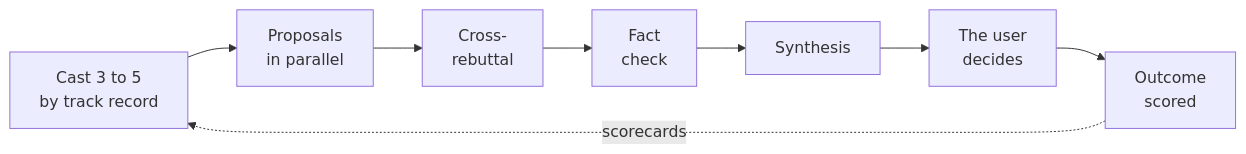
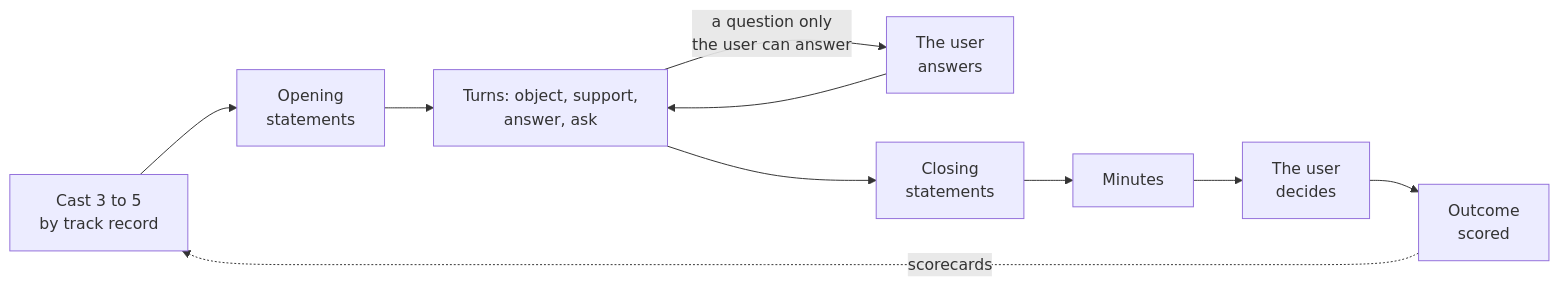
The diagram in README.md (bnivibe/persona-debate-lab), drawn with Mermaid before and after one commit. The commit also changed other lines of this file, not shown here.

Commit message:
[claude] docs: redraw the README flow for meetings

````diff
--- a/README.md
+++ b/README.md
@@ -21,10 +21,12 @@
 ```mermaid
 flowchart LR
-    C["Cast 3 to 5<br/>by track record"] --> P["Proposals<br/>in parallel"]
-    P --> X["Cross-<br/>rebuttal"]
-    X --> F["Fact<br/>check"]
-    F --> S["Synthesis"]
-    S --> D["The user<br/>decides"]
-    D --> O["Outcome<br/>scored"]
-    O -. scorecards .-> C
+    C["Cast 3 to 5<br/>by track record"] --> O["Opening<br/>statements"]
+    O --> T["Turns: object, support,<br/>answer, ask"]
+    T -- "a question only<br/>the user can answer" --> U["The user<br/>answers"]
+    U --> T
+    T --> E["Closing<br/>statements"]
+    E --> M["Minutes"]
+    M --> D["The user<br/>decides"]
+    D --> S["Outcome<br/>scored"]
+    S -. scorecards .-> C
 ```
````
